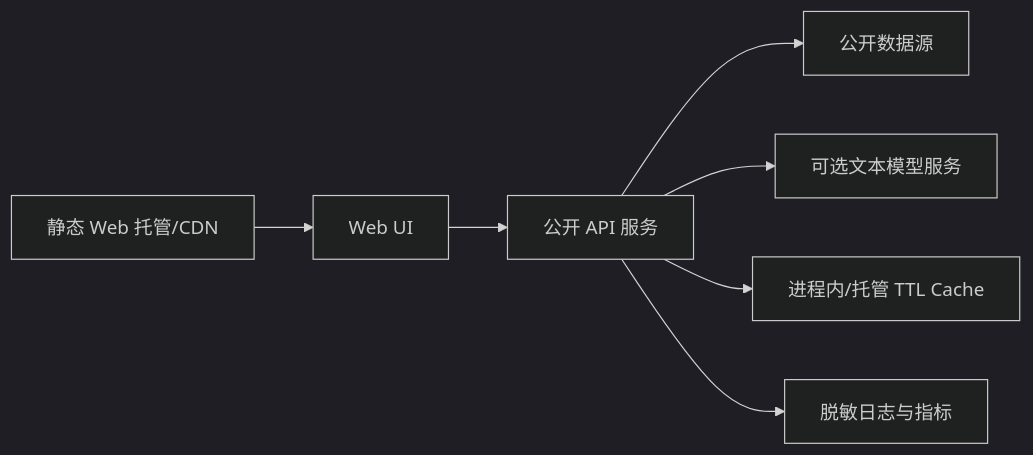
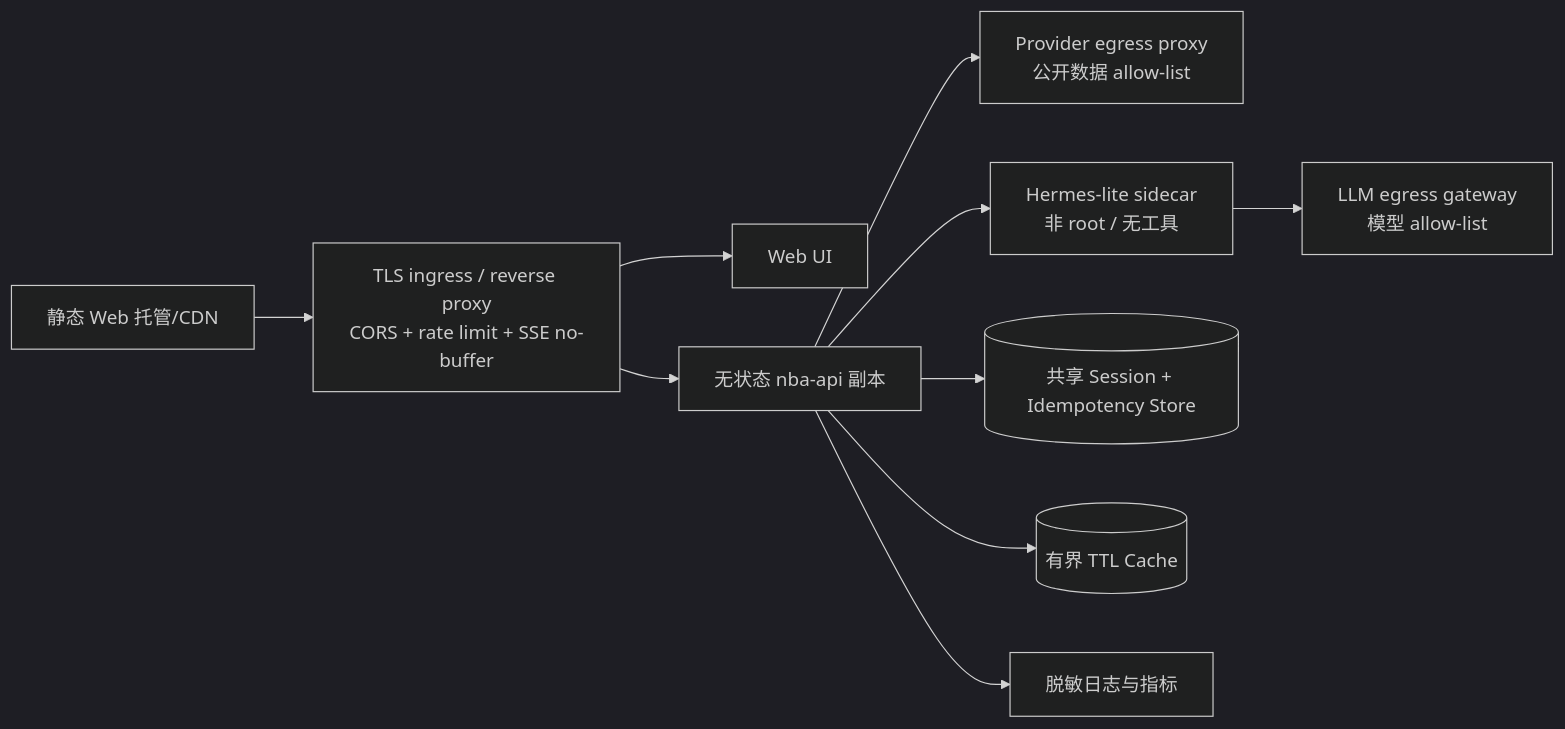
Before and after one commit to vchive/NBAAgent: the fifth of 5 diagrams in specs/001-nba-chat-agent/hld.md, drawn with Mermaid (dark theme). The commit also changed other lines of this file and 6 other files, not shown here.

Commit message:
docs: detail Hermes-lite HLD and LLD

````diff
--- a/specs/001-nba-chat-agent/hld.md
+++ b/specs/001-nba-chat-agent/hld.md
@@ -220,9 +320,12 @@
 ```mermaid
 flowchart LR
-    CDN[静态 Web 托管/CDN] --> WEB[Web UI]
-    WEB --> API[公开 API 服务]
-    API --> DATA[公开数据源]
-    API --> LLM[可选文本模型服务]
-    API --> CACHE[进程内/托管 TTL Cache]
+    CDN[静态 Web 托管/CDN] --> IN[TLS ingress / reverse proxy\nCORS + rate limit + SSE no-buffer]
+    IN --> WEB[Web UI]
+    IN --> API[无状态 nba-api 副本]
+    API --> DATA[Provider egress proxy\n公开数据 allow-list]
+    API --> H[Hermes-lite sidecar\n非 root / 无工具]
+    H --> LLM[LLM egress gateway\n模型 allow-list]
+    API --> S[(共享 Session + Idempotency Store)]
+    API --> CACHE[(有界 TTL Cache)]
     API --> LOG[脱敏日志与指标]
 ```
````
